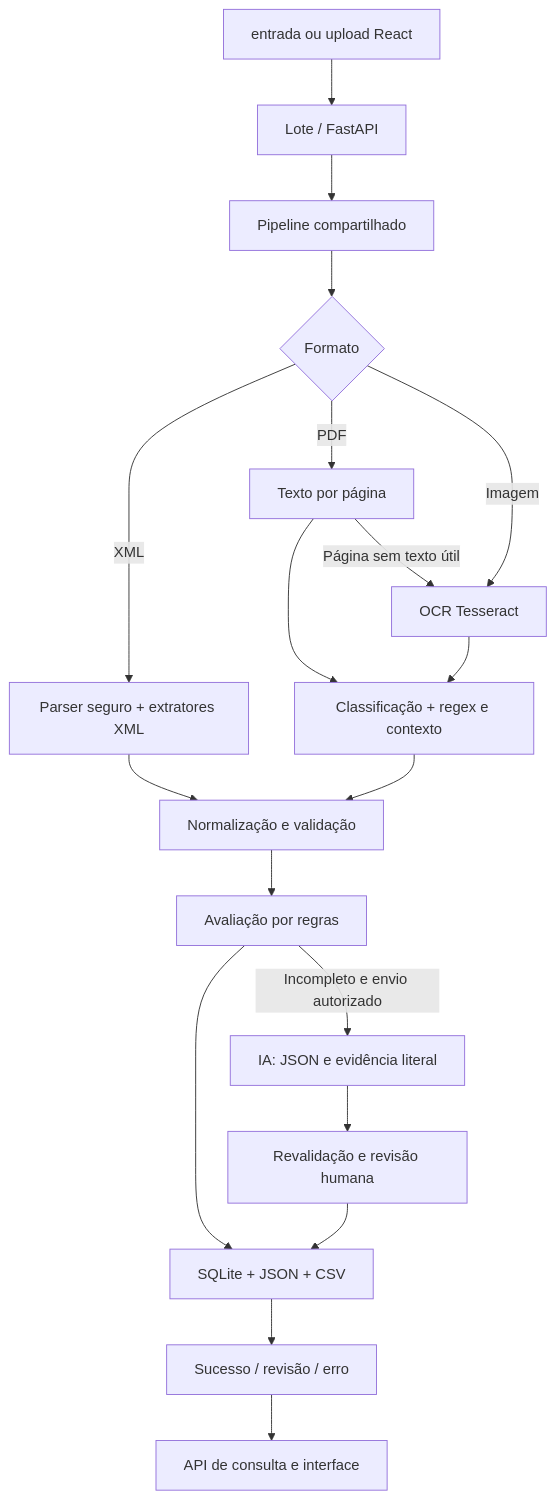
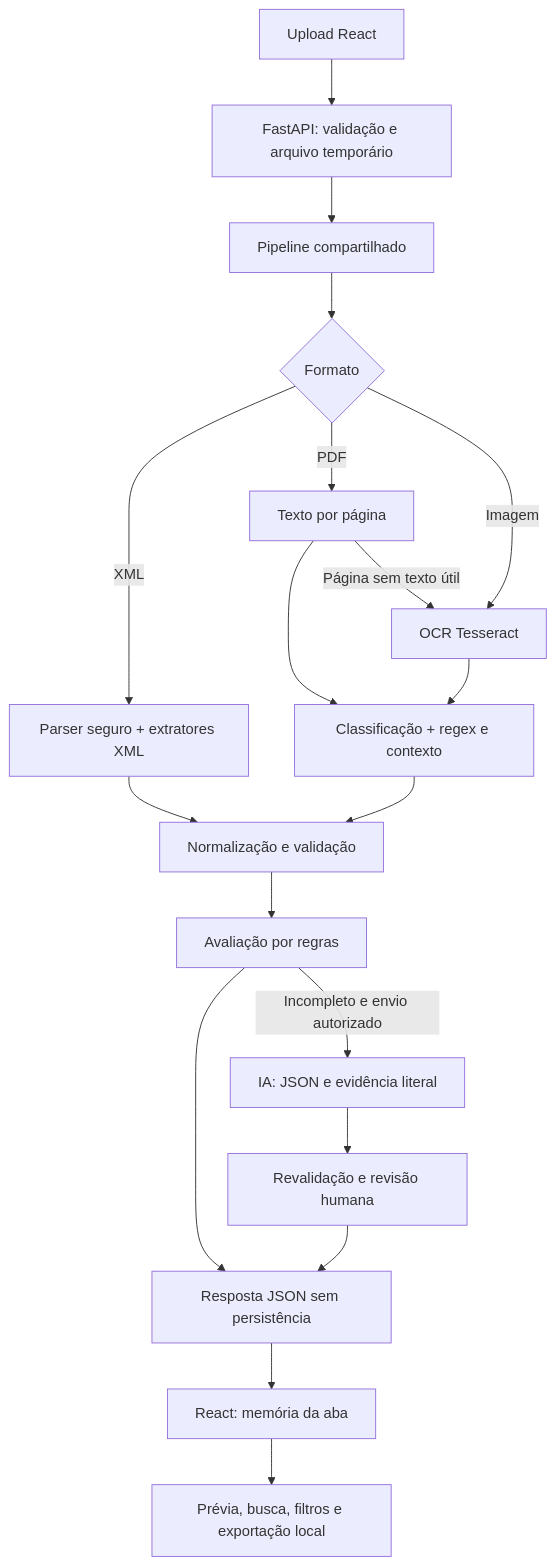
The diagram in README.md (FelipeDesk/automacao_de_documentos), drawn with Mermaid before and after one commit. The commit also changed other lines of this file and 6 other files, not shown here.

Commit message:
substitui SQLite por processamento temporário

````diff
--- a/README.md
+++ b/README.md
@@ -107,21 +109,21 @@
 ```mermaid
 flowchart TD
-    A[entrada ou upload React] --> B[Lote / FastAPI]
+    A[Upload React] --> B[FastAPI: validação e arquivo temporário]
     B --> C[Pipeline compartilhado]
     C --> D{Formato}
     D -->|XML| E[Parser seguro + extratores XML]
     D -->|PDF| F[Texto por página]
     F -->|Página sem texto útil| G[OCR Tesseract]
     D -->|Imagem| G
     F --> H[Classificação + regex e contexto]
     G --> H
     E --> I[Normalização e validação]
     H --> I
     I --> J[Avaliação por regras]
     J -->|Incompleto e envio autorizado| K[IA: JSON e evidência literal]
     K --> I2[Revalidação e revisão humana]
-    J --> L[SQLite + JSON + CSV]
+    J --> L[Resposta JSON sem persistência]
     I2 --> L
-    L --> M[Sucesso / revisão / erro]
-    M --> N[API de consulta e interface]
+    L --> M[React: memória da aba]
+    M --> N[Prévia, busca, filtros e exportação local]
 ```
````
